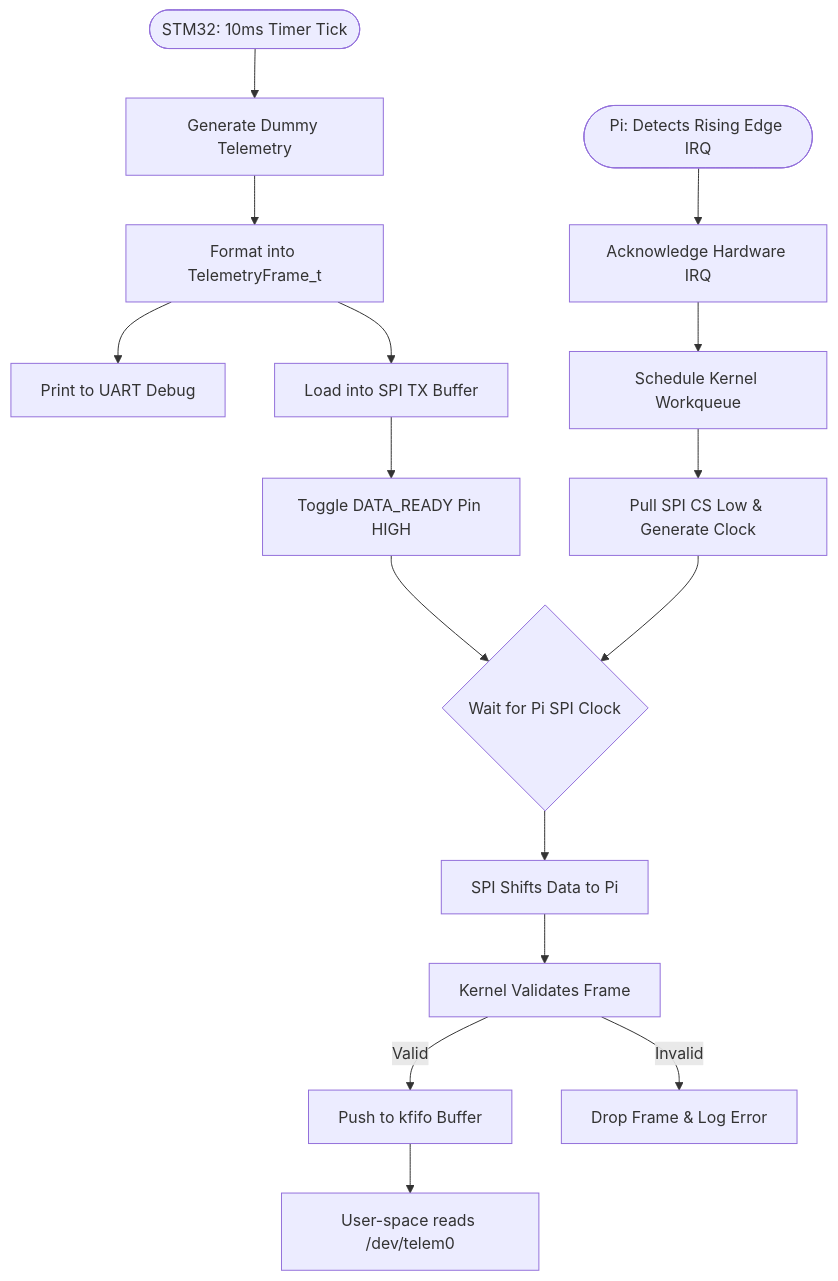
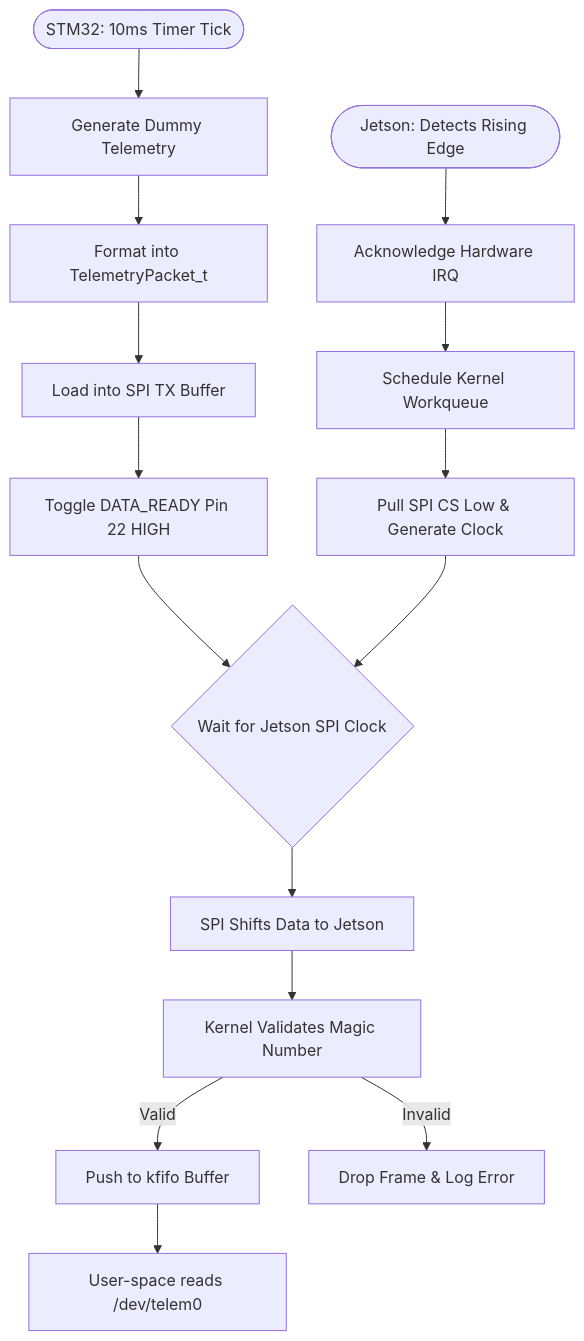
Before and after one commit to sheteshreyash/IPC-Bridge: the diagram in docs/diagrams/flowcharts/sprint3_data_flow.mmd, drawn with Mermaid. The commit also changed 21 other files, not shown here.

```diff
--- a/docs/diagrams/flowcharts/sprint3_data_flow.mmd
+++ b/docs/diagrams/flowcharts/sprint3_data_flow.mmd
@@ -1,18 +1,17 @@
 flowchart TD
     A([STM32: 10ms Timer Tick]) --> B[Generate Dummy Telemetry]
-    B --> C[Format into TelemetryFrame_t]
-    C --> D[Print to UART Debug]
-    C --> E[Load into SPI TX Buffer]
-    E --> F[Toggle DATA_READY Pin HIGH]
-    F --> G{Wait for Pi SPI Clock}
+    B --> C[Format into TelemetryPacket_t]
+    C --> D[Load into SPI TX Buffer]
+    D --> E[Toggle DATA_READY Pin 22 HIGH]
+    E --> F{Wait for Jetson SPI Clock}
 
-    H([Pi: Detects Rising Edge IRQ]) --> I[Acknowledge Hardware IRQ]
+    H([Jetson: Detects Rising Edge]) --> I[Acknowledge Hardware IRQ]
     I --> J[Schedule Kernel Workqueue]
     J --> K[Pull SPI CS Low & Generate Clock]
-    K --> G
+    K --> F
 
-    G --> L[SPI Shifts Data to Pi]
-    L --> M[Kernel Validates Frame]
+    F --> L[SPI Shifts Data to Jetson]
+    L --> M[Kernel Validates Magic Number]
     M -- Valid --> N[Push to kfifo Buffer]
     M -- Invalid --> O[Drop Frame & Log Error]
     N --> P[User-space reads /dev/telem0]
```
